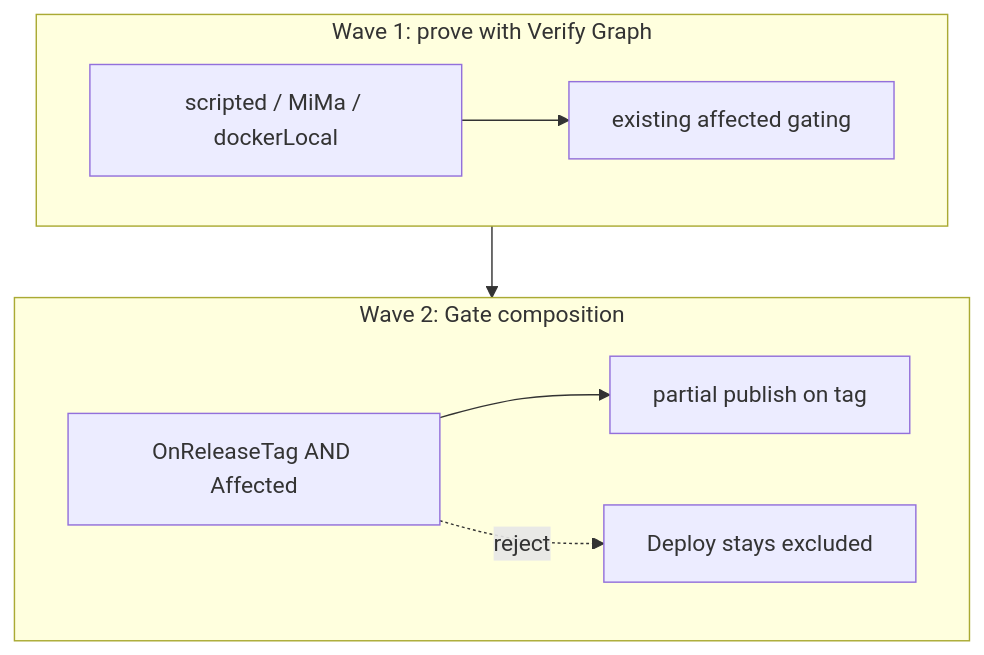
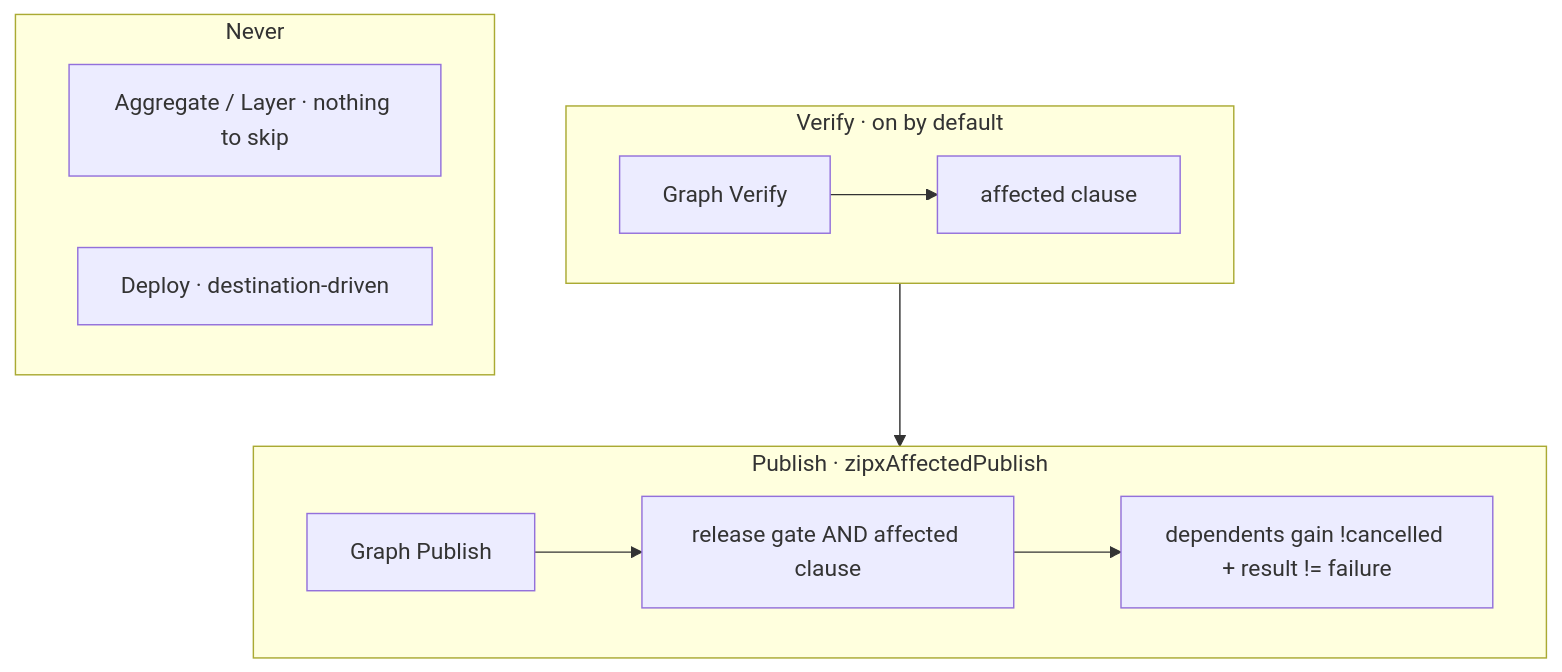
Before and after one commit to early-effect/zipx: the third of 3 diagrams in ROADMAP.md, drawn with Mermaid. The commit also changed other lines of this file and 56 other files, not shown here.

````diff
--- a/ROADMAP.md
+++ b/ROADMAP.md
@@ -185,13 +196,17 @@
 ```mermaid
 flowchart TB
-  subgraph wave1 [Wave 1: prove with Verify Graph]
-    S[scripted / MiMa / dockerLocal]
-    S --> AG[existing affected gating]
+  subgraph verify [Verify · on by default]
+    V[Graph Verify] --> VA[affected clause]
   end
-  subgraph wave2 [Wave 2: Gate composition]
-    G[OnReleaseTag AND Affected]
-    G --> PP[partial publish on tag]
-    G -.->|reject| D[Deploy stays excluded]
+  subgraph publish [Publish · zipxAffectedPublish]
+    P[Graph Publish] --> PA[release gate AND affected clause]
+    PA --> Dep[dependents gain !cancelled + result != failure]
   end
-  wave1 --> wave2
+  subgraph never [Never]
+    A[Aggregate / Layer · nothing to skip]
+    D[Deploy · destination-driven]
+  end
+  verify --> publish
+  class V,VA,P,PA,Dep happy
+  class A,D warn
 ```
````
